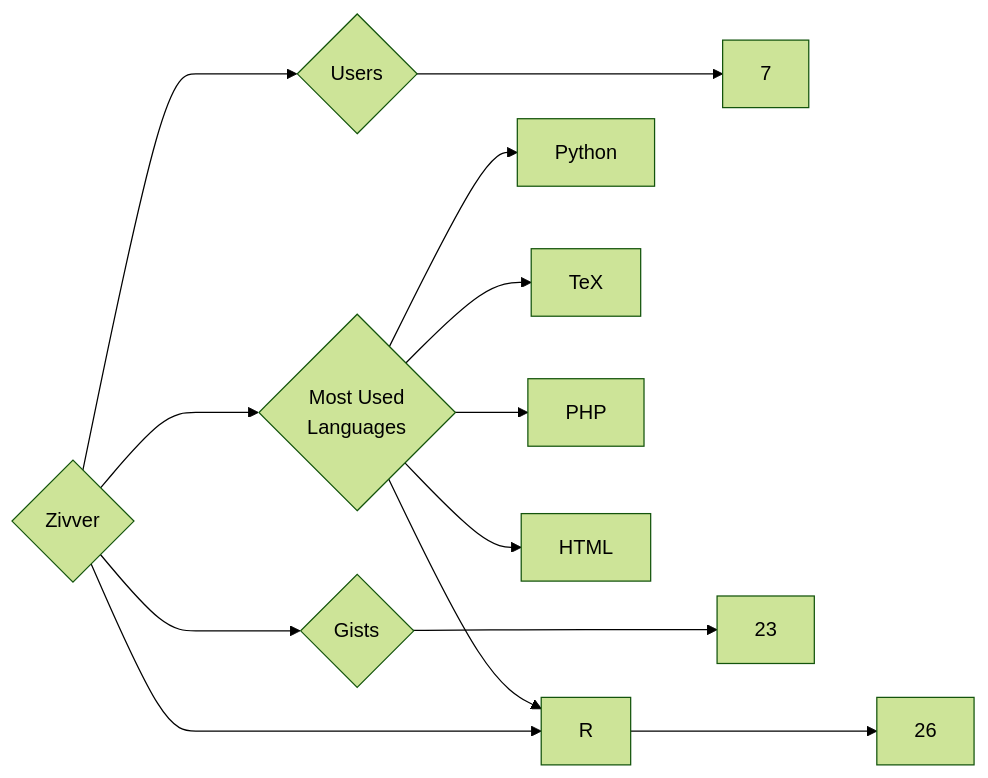
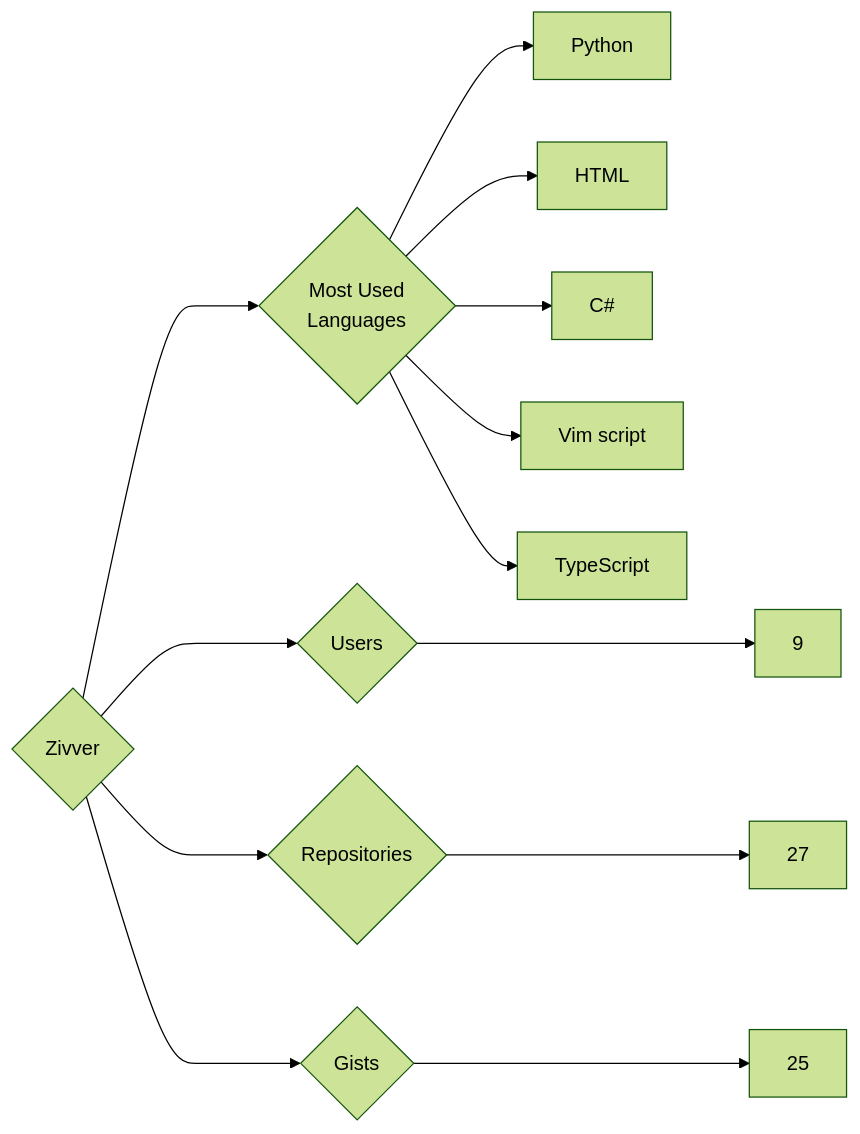
One commit to trickest/insiders changed the diagram in targets/Zivver/README.md. Above: the diagram before and after it, drawn with Mermaid (forest theme). The commit also changed 976 other files, not shown here.

````diff
--- a/targets/Zivver/README.md
+++ b/targets/Zivver/README.md
@@ -3,13 +3,13 @@
 ```mermaid
 graph LR
 COMPANY_NAME{Zivver}
-COMPANY_NAME ---> U{Users} ---> UN[7]
-COMPANY_NAME ---> R{Repositories} ---> RN[26]
-COMPANY_NAME ---> G{Gists} ---> GN[23]
+COMPANY_NAME ---> U{Users} ---> UN[9]
+COMPANY_NAME ---> R{Repositories} ---> RN[27]
+COMPANY_NAME ---> G{Gists} ---> GN[25]
 COMPANY_NAME ---> ML{Most Used<br>Languages}
 ML --> Python[Python]
-ML --> TeX[TeX]
-ML --> R[R]
-ML --> PHP[PHP]
 ML --> HTML[HTML]
+ML --> C#[C#]
+ML --> Vim_script[Vim script]
+ML --> TypeScript[TypeScript]
 ```
````
